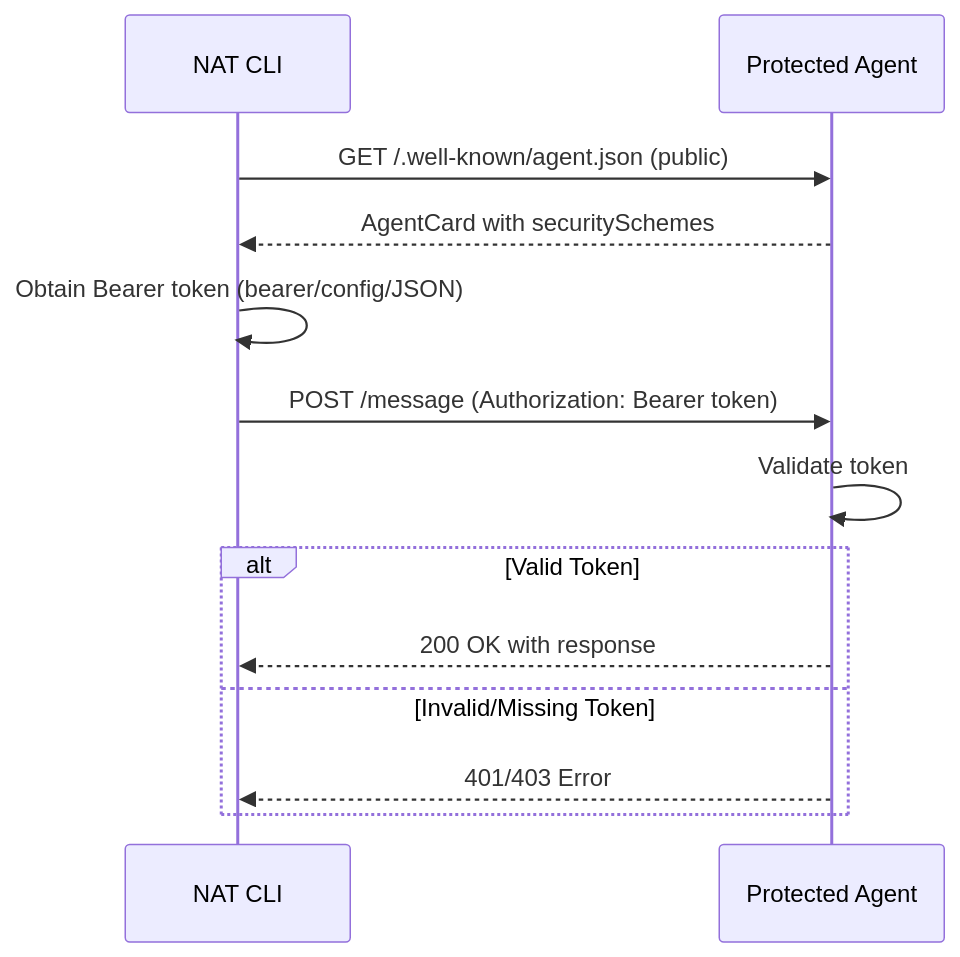
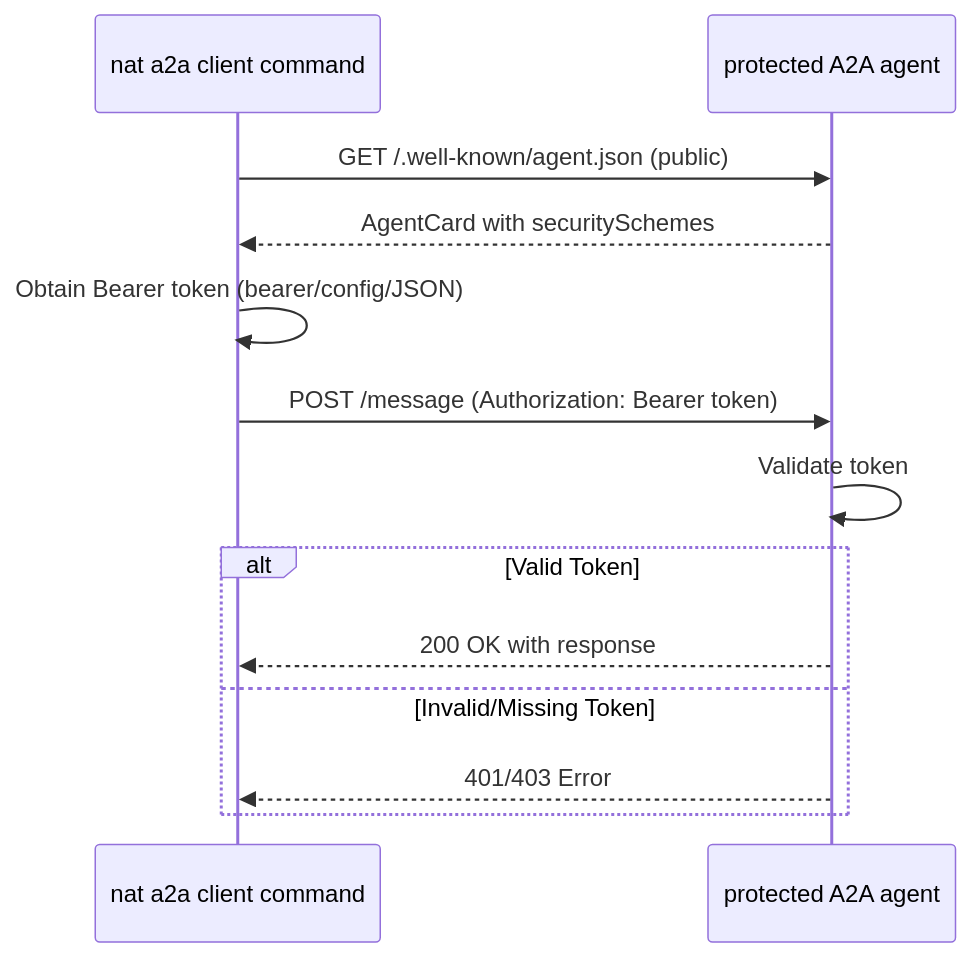
One commit to NVIDIA/NeMo-Agent-Toolkit changed the diagram in examples/A2A/simple_auth_a2a/README.md. Above: the diagram before and after it, drawn with Mermaid. The commit also changed other lines of this file and 3 other files, not shown here.

Commit message:
Misc fixes to get nat cli working with the test protected a2a server

````diff
--- a/examples/A2A/simple_auth_a2a/README.md
+++ b/examples/A2A/simple_auth_a2a/README.md
@@ -114,19 +111,19 @@
 ```mermaid
 sequenceDiagram
-    participant CLI as NAT CLI
-    participant Agent as Protected Agent
+    participant CLI as nat a2a client command
+    participant Agent as protected A2A agent
 
     CLI->>Agent: GET /.well-known/agent.json (public)
     Agent-->>CLI: AgentCard with securitySchemes
 
     CLI->>CLI: Obtain Bearer token (bearer/config/JSON)
 
     CLI->>Agent: POST /message (Authorization: Bearer token)
     Agent->>Agent: Validate token
 
     alt Valid Token
         Agent-->>CLI: 200 OK with response
     else Invalid/Missing Token
         Agent-->>CLI: 401/403 Error
     end
 ```
````
